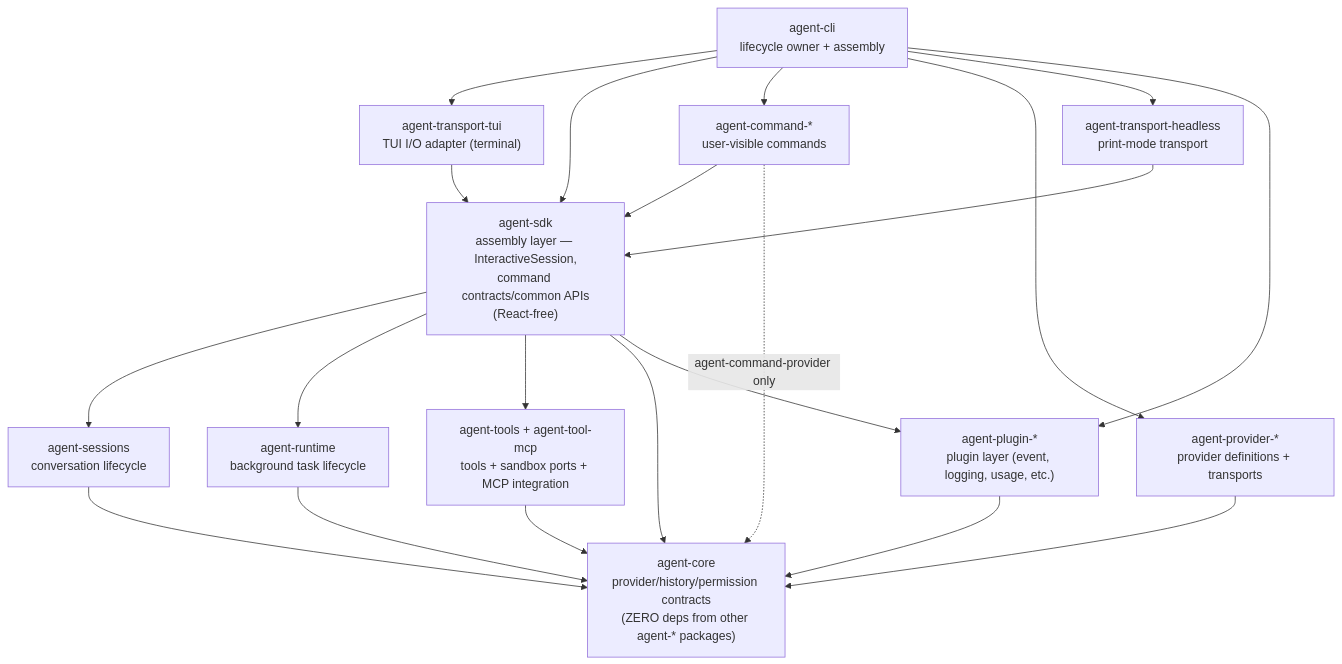
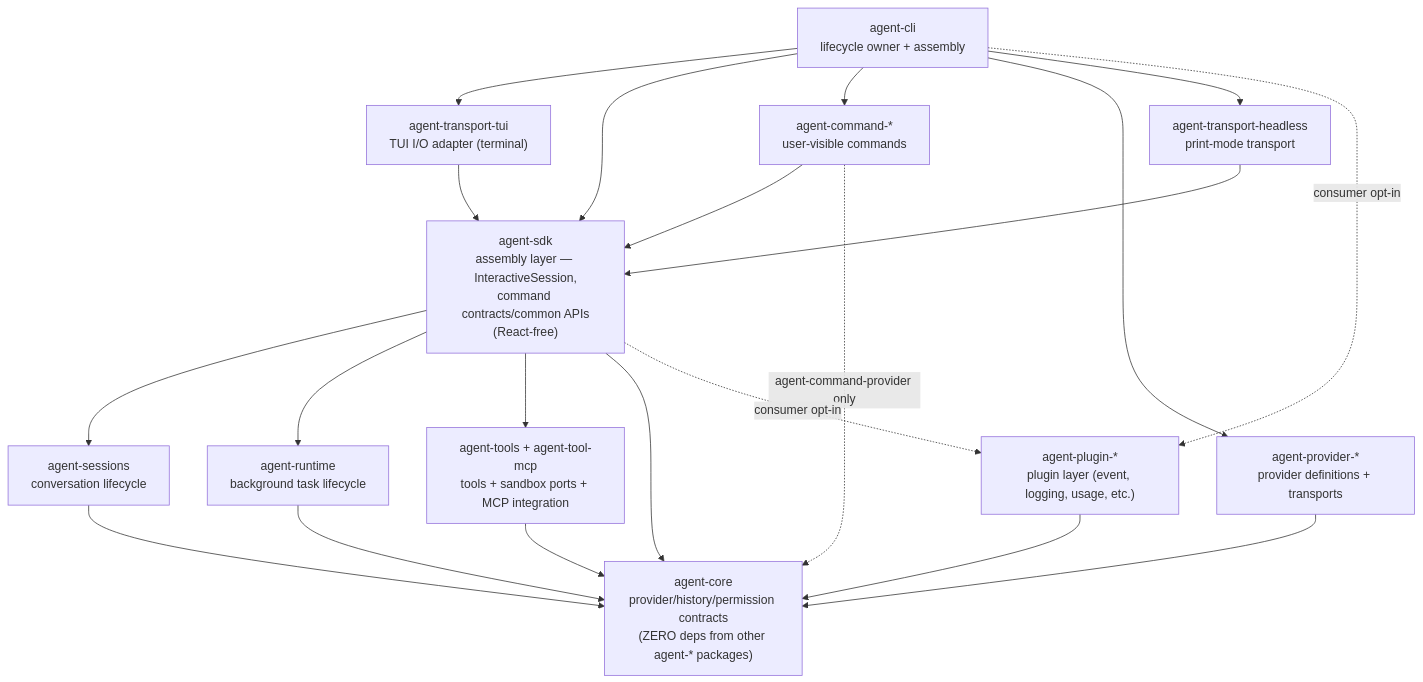
The first of 2 diagrams in .agents/specs/architecture-map/agent-system.md (woojubb/robota), drawn with Mermaid before and after one commit. The commit also changed other lines of this file and 11 other files, not shown here.

First line of the commit message:
docs(sdk-003): document agent-plugin-* packages as consumer opt-in

````diff
--- a/.agents/specs/architecture-map/agent-system.md
+++ b/.agents/specs/architecture-map/agent-system.md
@@ -9,35 +9,35 @@
 ```mermaid
 flowchart TD
   AgentCLI["agent-cli\nlifecycle owner + assembly"]
   TuiTransport["agent-transport-tui\nTUI I/O adapter (terminal)"]
   Headless["agent-transport-headless\nprint-mode transport"]
   Commands["agent-command-*\nuser-visible commands"]
   SDK["agent-sdk\nassembly layer — InteractiveSession,\ncommand contracts/common APIs\n(React-free)"]
   Sessions["agent-sessions\nconversation lifecycle"]
   Runtime["agent-runtime\nbackground task lifecycle"]
   Tools["agent-tools + agent-tool-mcp\ntools + sandbox ports + MCP integration"]
   Core["agent-core\nprovider/history/permission contracts\n(ZERO deps from other agent-* packages)"]
   Providers["agent-provider-*\nprovider definitions + transports"]
   Plugins["agent-plugin-*\nplugin layer (event, logging, usage, etc.)"]
 
   AgentCLI --> TuiTransport
   AgentCLI --> SDK
   AgentCLI --> Commands
   AgentCLI --> Providers
   AgentCLI --> Headless
   TuiTransport --> SDK
-  AgentCLI --> Plugins
+  AgentCLI -. "consumer opt-in" .-> Plugins
   Headless --> SDK
   Commands --> SDK
   Commands -. "agent-command-provider only" .-> Core
   SDK --> Sessions
   SDK --> Runtime
   SDK --> Tools
   SDK --> Core
-  SDK --> Plugins
+  SDK -. "consumer opt-in" .-> Plugins
   Providers --> Core
   Sessions --> Core
   Runtime --> Core
   Tools --> Core
   Plugins --> Core
 ```
````
